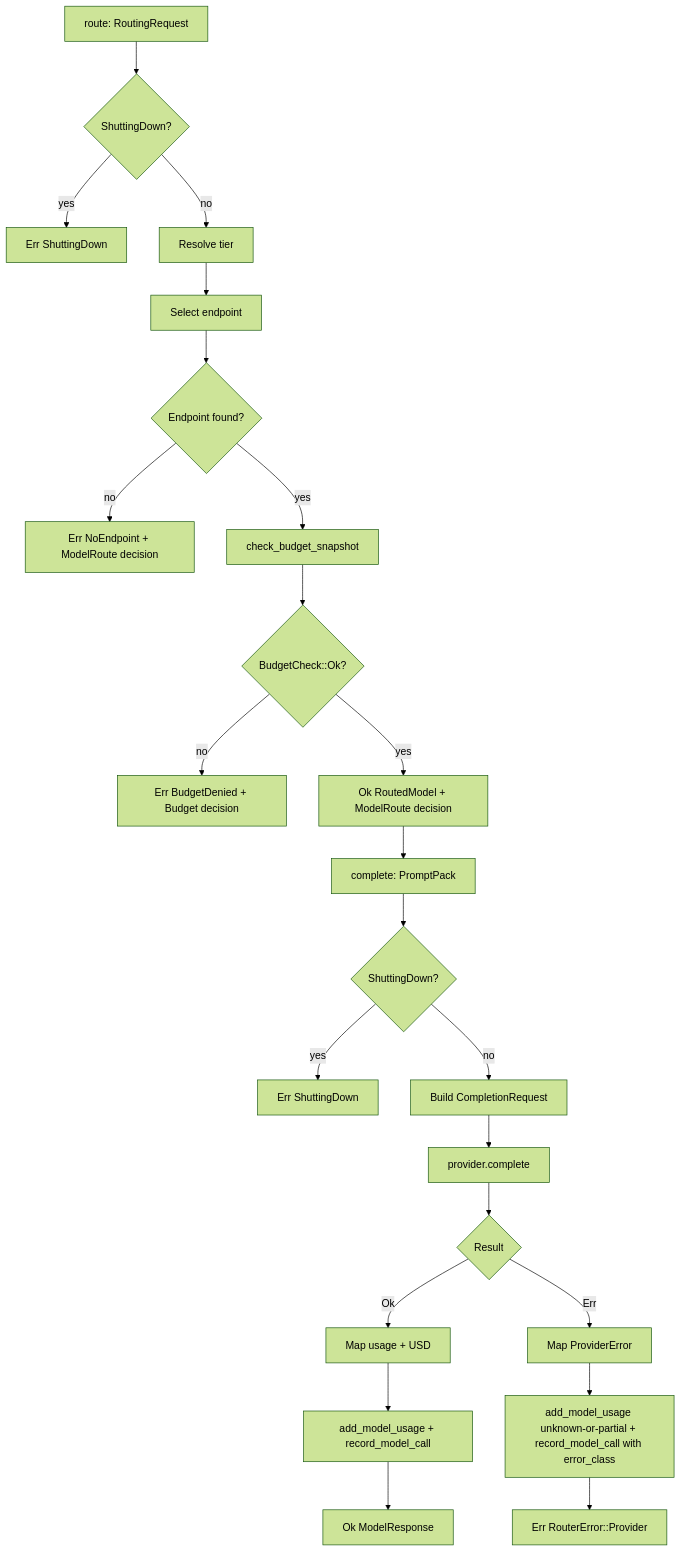
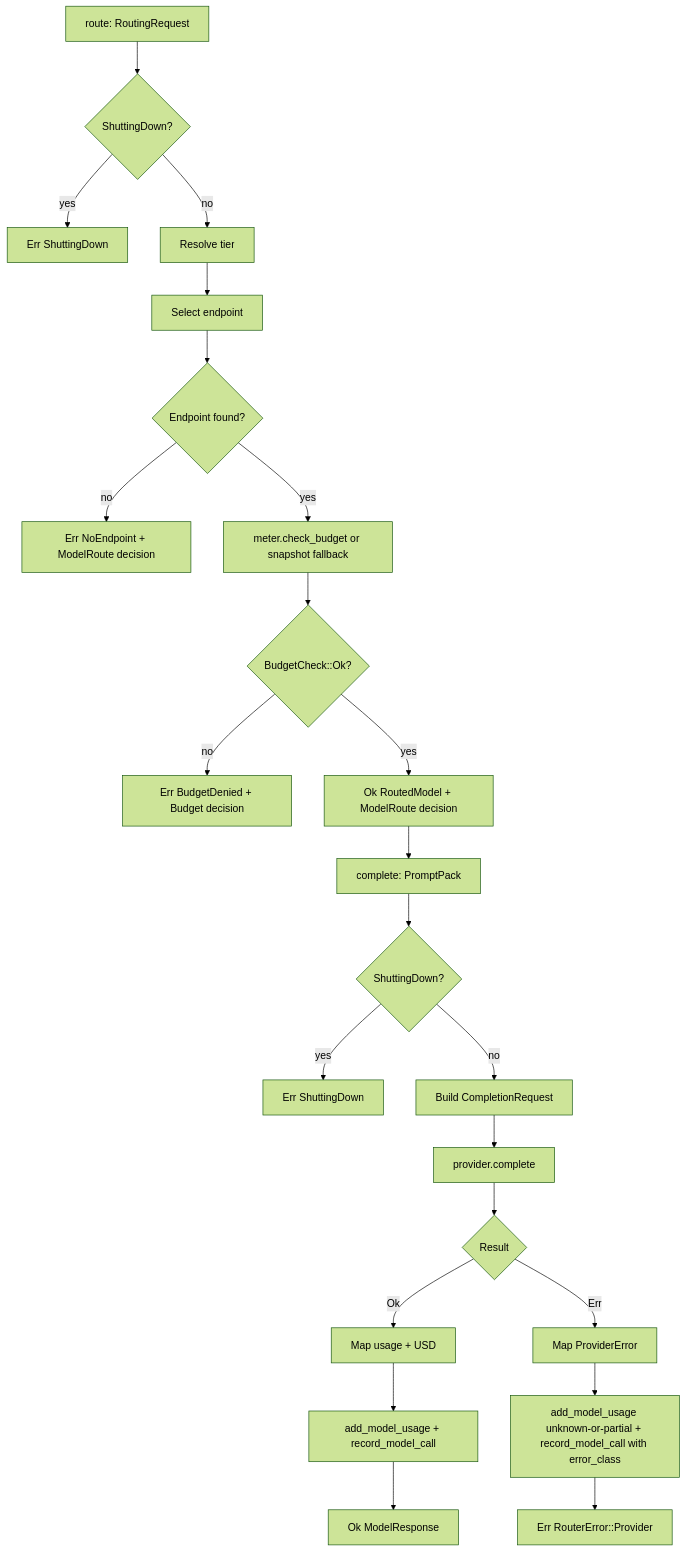
Before and after one commit to arkadianet/Alloy: the first of 4 diagrams in docs/rfcs/RFC-0007-model-router-provider.md, drawn with Mermaid (forest theme). The commit also changed other lines of this file and 2 other files, not shown here.

````diff
--- a/docs/rfcs/RFC-0007-model-router-provider.md
+++ b/docs/rfcs/RFC-0007-model-router-provider.md
@@ -685,25 +742,25 @@
 ```mermaid
 flowchart TD
   A[route: RoutingRequest] --> B{ShuttingDown?}
   B -->|yes| Z1[Err ShuttingDown]
   B -->|no| C[Resolve tier]
   C --> D[Select endpoint]
   D --> E{Endpoint found?}
   E -->|no| Z2[Err NoEndpoint + ModelRoute decision]
-  E -->|yes| F[check_budget_snapshot]
+  E -->|yes| F[meter.check_budget or snapshot fallback]
   F --> G{BudgetCheck::Ok?}
   G -->|no| Z3[Err BudgetDenied + Budget decision]
   G -->|yes| H[Ok RoutedModel + ModelRoute decision]
   H --> I[complete: PromptPack]
   I --> J{ShuttingDown?}
   J -->|yes| Z4[Err ShuttingDown]
   J -->|no| K[Build CompletionRequest]
   K --> L[provider.complete]
   L --> M{Result}
   M -->|Ok| N[Map usage + USD]
   N --> O[add_model_usage + record_model_call]
   O --> P[Ok ModelResponse]
   M -->|Err| Q[Map ProviderError]
   Q --> R[add_model_usage unknown-or-partial + record_model_call with error_class]
   R --> S[Err RouterError::Provider]
 ```
````
